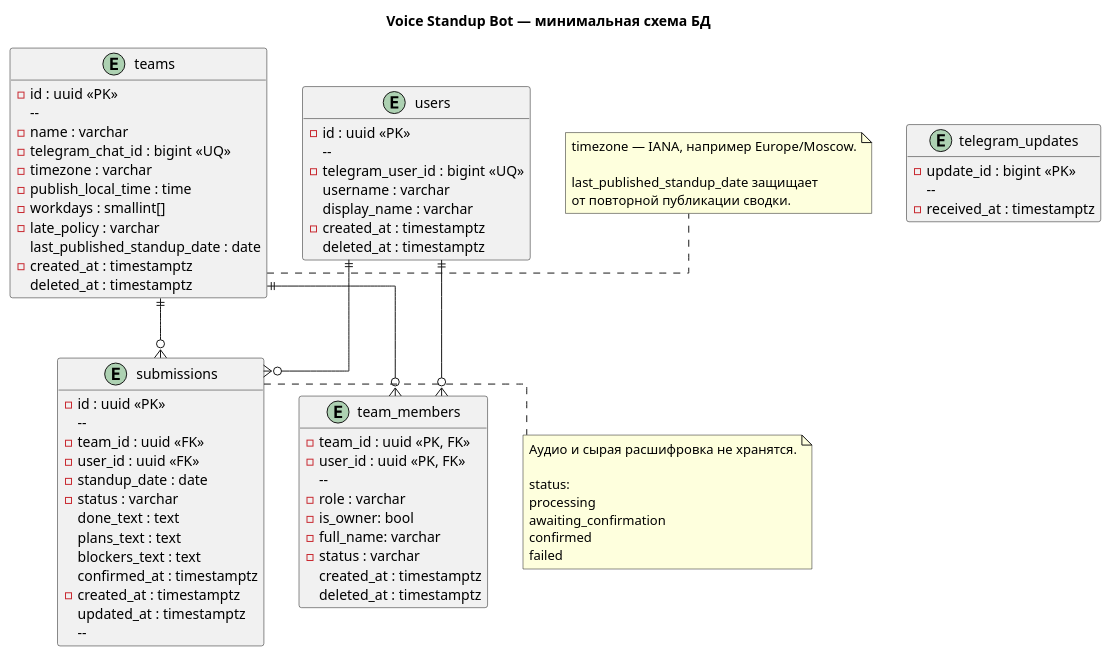
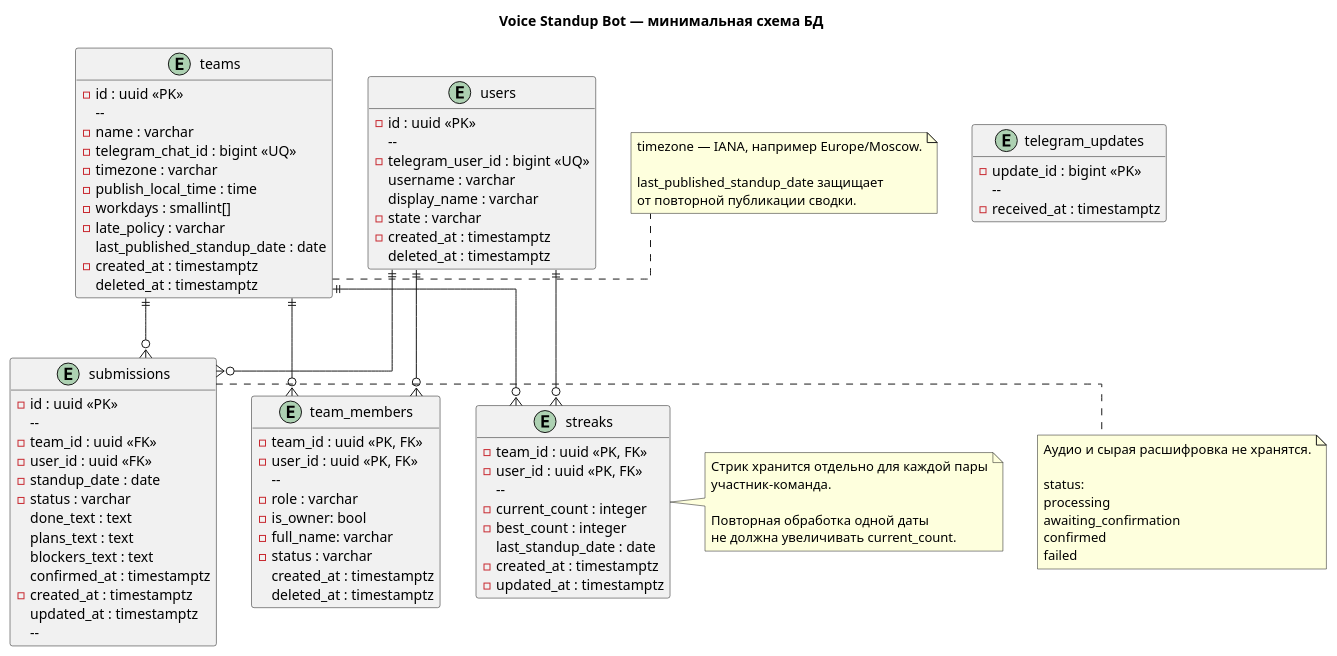
One commit to Newo123/VoiceStandup.ai changed the diagram in docs/database-schema.puml. Above: the diagram before and after it, drawn with PlantUML. The commit also changed 3 other files, not shown here.

Commit message:
добавил user.state и схему для стриков

```diff
--- a/docs/database-schema.puml
+++ b/docs/database-schema.puml
@@ -1,89 +1,111 @@
 @startuml
 title Voice Standup Bot — минимальная схема БД
 
 hide methods
 hide stereotypes
 skinparam linetype ortho
 
 entity users {
 - id : uuid <<PK>>
   --
 - telegram_user_id : bigint <<UQ>>
   username : varchar
   display_name : varchar
+- state : varchar
 - created_at : timestamptz
   deleted_at : timestamptz
 }
 
 entity teams {
 - id : uuid <<PK>>
   --
 - name : varchar
 - telegram_chat_id : bigint <<UQ>>
 - timezone : varchar
 - publish_local_time : time
 - workdays : smallint[]
 - late_policy : varchar
   last_published_standup_date : date
 - created_at : timestamptz
   deleted_at : timestamptz
 }
 
 entity team_members {
 - team_id : uuid <<PK, FK>>
 - user_id : uuid <<PK, FK>>
   --
 - role : varchar
 - is_owner: bool
 - full_name: varchar
 - status : varchar
   created_at : timestamptz
   deleted_at : timestamptz
 }
 
 entity telegram_updates {
 - update_id : bigint <<PK>>
   --
 - received_at : timestamptz
 }
 
 entity submissions {
 - id : uuid <<PK>>
   --
 - team_id : uuid <<FK>>
 - user_id : uuid <<FK>>
 - standup_date : date
 - status : varchar
   done_text : text
   plans_text : text
   blockers_text : text
   confirmed_at : timestamptz
 - created_at : timestamptz
   updated_at : timestamptz
   --
   UQ(team_id, user_id, standup_date)
 }
 
+entity streaks {
+- team_id : uuid <<PK, FK>>
+- user_id : uuid <<PK, FK>>
+  --
+- current_count : integer
+- best_count : integer
+  last_standup_date : date
+- created_at : timestamptz
+- updated_at : timestamptz
+}
+
 users ||--o{ team_members
 teams ||--o{ team_members
 users ||--o{ submissions
 teams ||--o{ submissions
+users ||--o{ streaks
+teams ||--o{ streaks
 
 note right of teams
   timezone — IANA, например Europe/Moscow.
 
   last_published_standup_date защищает
   от повторной публикации сводки.
 end note
 
 note right of submissions
   Аудио и сырая расшифровка не хранятся.
 
   status:
   processing
   awaiting_confirmation
   confirmed
   failed
 end note
 
+note right of streaks
+  Стрик хранится отдельно для каждой пары
+  участник-команда.
+
+  Повторная обработка одной даты
+  не должна увеличивать current_count.
+end note
+
 @enduml
```
